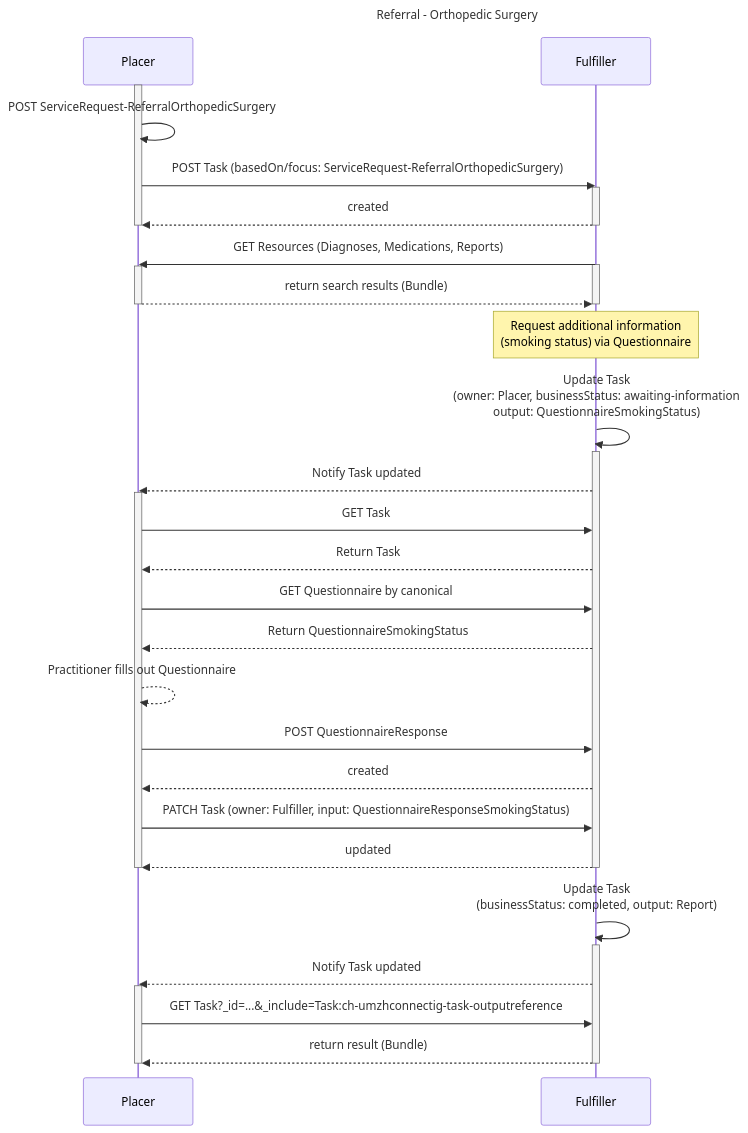
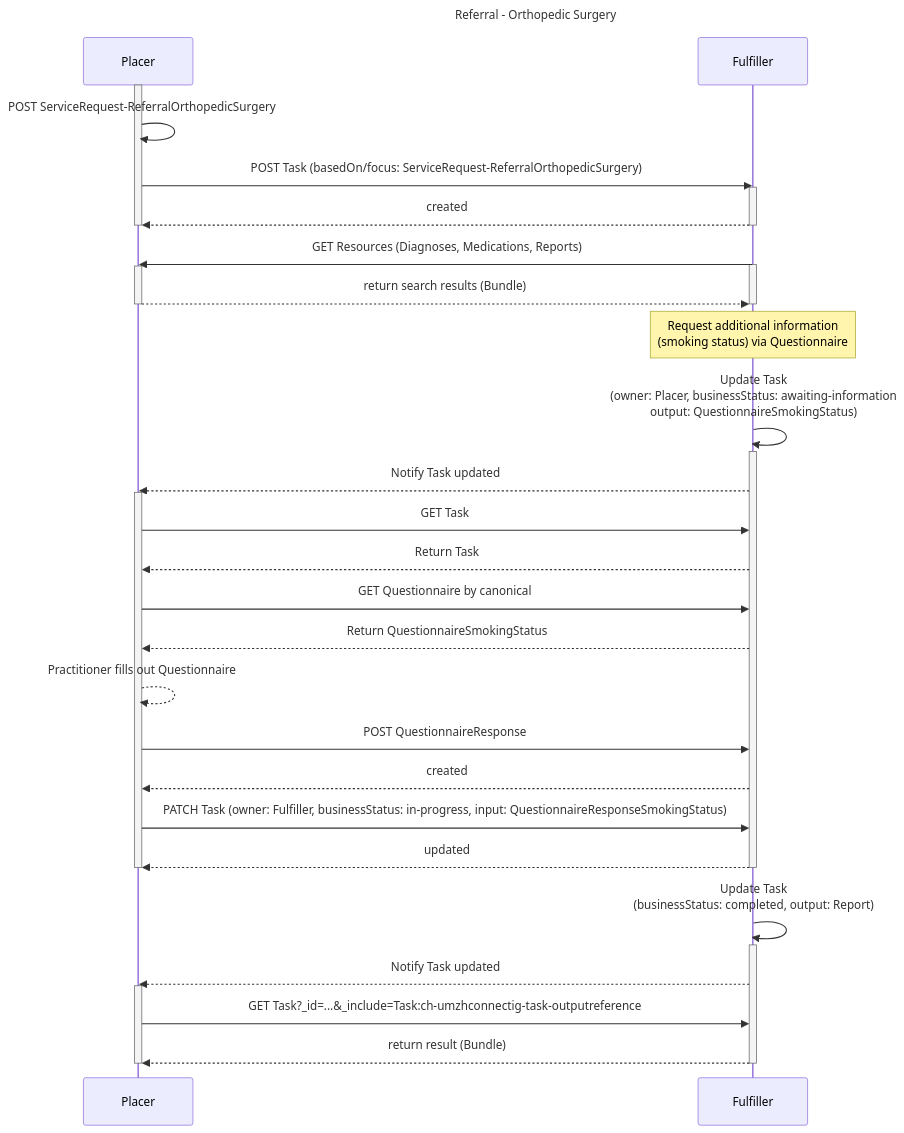
The diagram in input/pagecontent/usecase-referral-orthopedic.md (umzhconnect/umzhconnect-ig), drawn with Mermaid before and after one commit. The commit also changed other lines of this file and 4 other files, not shown here.

First line of the commit message:
Use json patch to update Task (#43)

````diff
--- a/input/pagecontent/usecase-referral-orthopedic.md
+++ b/input/pagecontent/usecase-referral-orthopedic.md
@@ -18,49 +18,49 @@
 ```mermaid
 sequenceDiagram
     title Referral - Orthopedic Surgery
 
     participant Placer as Placer
     participant Fulfiller as Fulfiller
     activate Placer
     Placer->>Placer: POST ServiceRequest-ReferralOrthopedicSurgery
     Placer->>Fulfiller: POST Task (basedOn/focus: ServiceRequest-ReferralOrthopedicSurgery)
     activate Fulfiller
     Fulfiller-->>Placer: created
     deactivate Placer
     deactivate Fulfiller
 
     Fulfiller->>Placer: GET Resources (Diagnoses, Medications, Reports)
     activate Fulfiller
     activate Placer
     Placer-->>Fulfiller: return search results (Bundle)
     deactivate Fulfiller
     deactivate Placer
 
     Note over Fulfiller: Request additional information<br/>(smoking status) via Questionnaire
     Fulfiller->>Fulfiller: Update Task<br/>(owner: Placer, businessStatus: awaiting-information<br/>output: QuestionnaireSmokingStatus)
     activate Fulfiller
     Fulfiller-->>Placer: Notify Task updated
     activate Placer
     Placer->>Fulfiller: GET Task
     Fulfiller-->>Placer: Return Task
     Placer->>Fulfiller: GET Questionnaire by canonical
     Fulfiller-->>Placer: Return QuestionnaireSmokingStatus
     Placer-->>Placer: Practitioner fills out Questionnaire
     Placer->>Fulfiller: POST QuestionnaireResponse
     Fulfiller-->>Placer: created
-    Placer->>Fulfiller: PATCH Task (owner: Fulfiller, input: QuestionnaireResponseSmokingStatus)
+    Placer->>Fulfiller: PATCH Task (owner: Fulfiller, businessStatus: in-progress, input: QuestionnaireResponseSmokingStatus)
     Fulfiller-->>Placer: updated
     deactivate Placer
     deactivate Fulfiller
 
     Fulfiller->>Fulfiller: Update Task<br/>(businessStatus: completed, output: Report)
     activate Fulfiller
     Fulfiller-->>Placer: Notify Task updated
     activate Placer
     Placer->> Fulfiller: GET Task?_id=...&_include=Task:ch-umzhconnectig-task-outputreference
     Fulfiller-->>Placer: return result (Bundle)
     deactivate Placer
     deactivate Fulfiller
 
 
 ```
````
